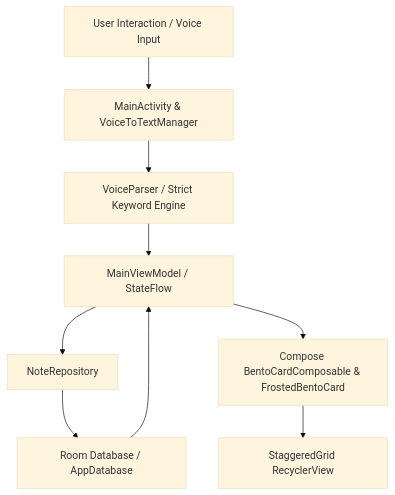
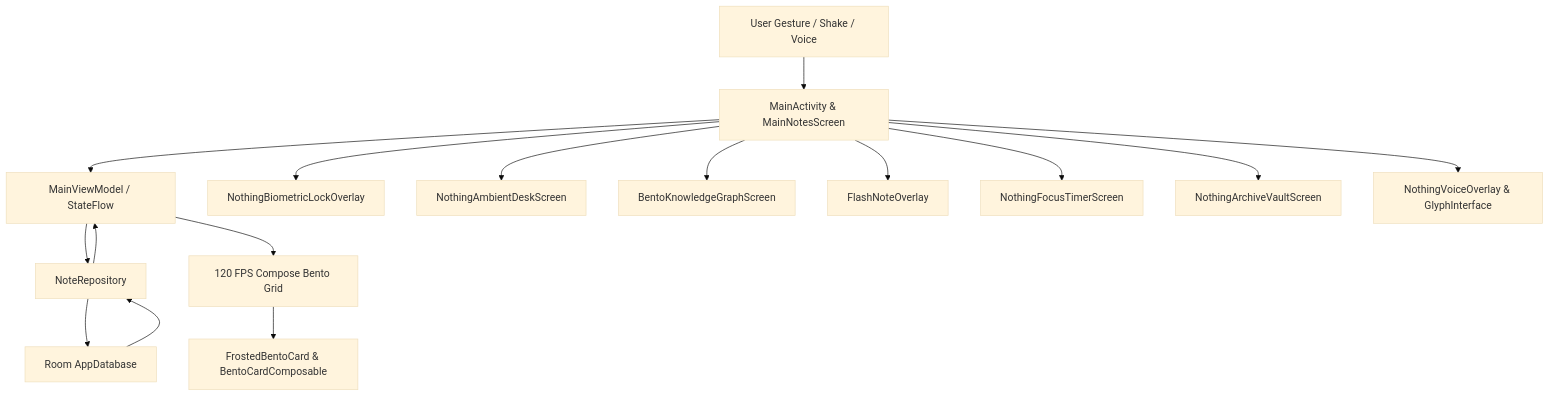
Before and after one commit to bloodlustninja/No.memo: the diagram in README.md, drawn with Mermaid (base theme). The commit also changed other lines of this file and 15 other files, not shown here.

Commit message:
feat: Nothing biometric vault, ambient desk HUD, 1-bit receipt exporter, Morse telegraph studio, note time machine, and shake gesture

````diff
--- a/README.md
+++ b/README.md
@@ -106,11 +80,18 @@
 ```mermaid
 graph TD
-    A[User Interaction / Voice Input] --> B[MainActivity & VoiceToTextManager]
-    B --> C[VoiceParser / Strict Keyword Engine]
-    C --> D[MainViewModel / StateFlow]
-    D --> E[NoteRepository]
-    E --> F[Room Database / AppDatabase]
-    F --> D
-    D --> G[Compose BentoCardComposable & FrostedBentoCard]
-    G --> H[StaggeredGrid RecyclerView]
+    A[User Gesture / Shake / Voice] --> B[MainActivity & MainNotesScreen]
+    B --> C[MainViewModel / StateFlow]
+    C --> D[NoteRepository]
+    D --> E[Room AppDatabase]
+    E --> D
+    D --> C
+    C --> F[120 FPS Compose Bento Grid]
+    F --> G[FrostedBentoCard & BentoCardComposable]
+    B --> H[NothingBiometricLockOverlay]
+    B --> I[NothingAmbientDeskScreen]
+    B --> J[BentoKnowledgeGraphScreen]
+    B --> K[FlashNoteOverlay]
+    B --> L[NothingFocusTimerScreen]
+    B --> M[NothingArchiveVaultScreen]
+    B --> N[NothingVoiceOverlay & GlyphInterface]
 ```
````
